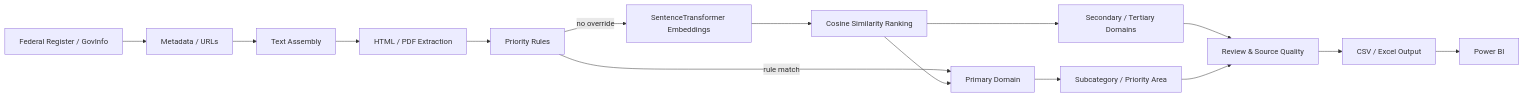
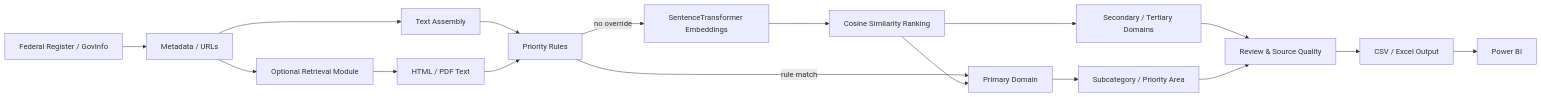
Before and after one commit to PerpsAkach/executive-orders-policy-intelligence: the diagram in README.md, drawn with Mermaid. The commit also changed other lines of this file, not shown here.

Commit message:
Clarify public architecture and provenance boundary

````diff
--- a/README.md
+++ b/README.md
@@ -22,17 +22,19 @@
 ```mermaid
 flowchart LR
     A[Federal Register / GovInfo] --> B[Metadata / URLs]
     B --> C[Text Assembly]
-    C --> D[HTML / PDF Extraction]
-    D --> E[Priority Rules]
-    E -->|no override| F[SentenceTransformer Embeddings]
-    F --> G[Cosine Similarity Ranking]
-    E -->|rule match| H[Primary Domain]
-    G --> H
-    G --> I[Secondary / Tertiary Domains]
-    H --> J[Subcategory / Priority Area]
-    I --> K[Review & Source Quality]
-    J --> K
-    K --> L[CSV / Excel Output]
-    L --> M[Power BI]
+    B --> D[Optional Retrieval Module]
+    D --> E[HTML / PDF Text]
+    C --> F[Priority Rules]
+    E --> F
+    F -->|no override| G[SentenceTransformer Embeddings]
+    G --> H[Cosine Similarity Ranking]
+    F -->|rule match| I[Primary Domain]
+    H --> I
+    H --> J[Secondary / Tertiary Domains]
+    I --> K[Subcategory / Priority Area]
+    J --> L[Review & Source Quality]
+    K --> L
+    L --> M[CSV / Excel Output]
+    M --> N[Power BI]
 ```
````
